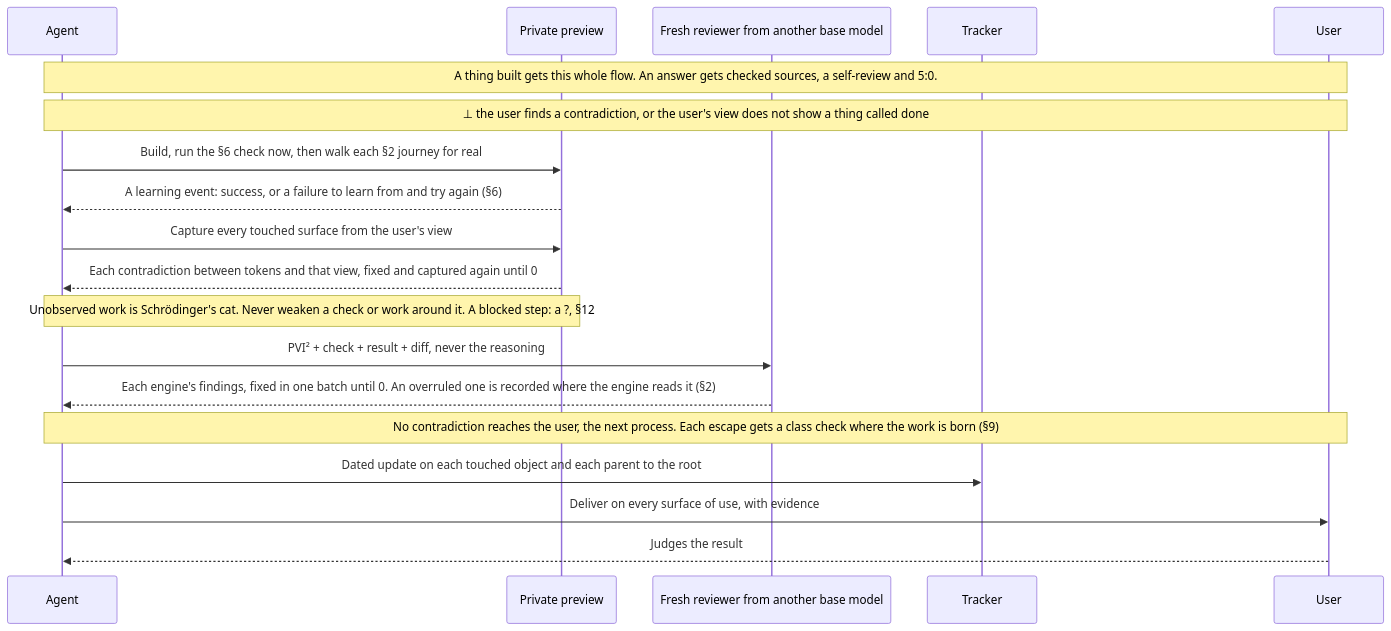
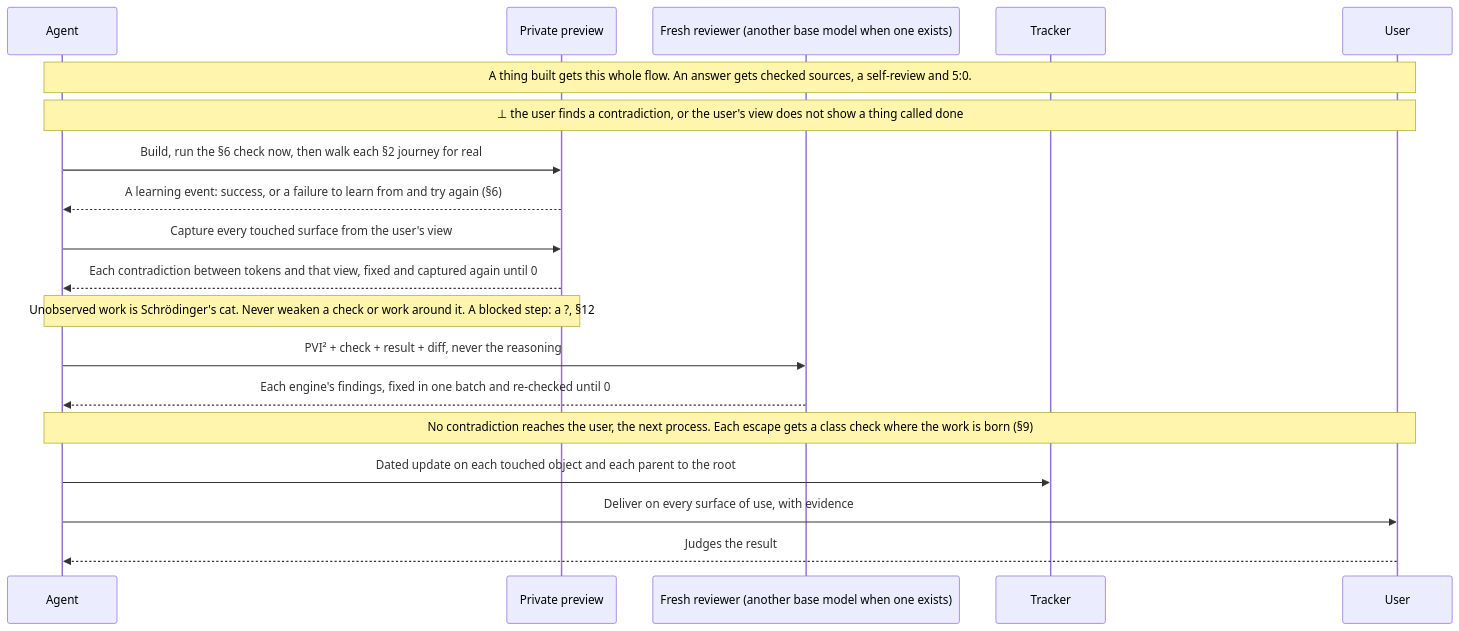
Before and after one commit to SolenixAI/arbiter: diagram 11 of 14 in AGENTS.md, drawn with Mermaid. The commit also changed other lines of this file and 3 other files, not shown here.

````diff
--- a/AGENTS.md
+++ b/AGENTS.md
@@ -420,21 +421,21 @@
 ```mermaid
 sequenceDiagram
   participant A as Agent
   participant P as Private preview
-  participant R as Fresh reviewer from another base model
+  participant R as Fresh reviewer (another base model when one exists)
   participant T as Tracker
   participant U as User
   Note over A,U: A thing built gets this whole flow. An answer gets checked sources, a self-review and 5:0.
   Note over A,U: ⊥ the user finds a contradiction, or the user's view does not show a thing called done
   A->>P: Build, run the §6 check now, then walk each §2 journey for real
   P-->>A: A learning event: success, or a failure to learn from and try again (§6)
   A->>P: Capture every touched surface from the user's view
   P-->>A: Each contradiction between tokens and that view, fixed and captured again until 0
   Note over A,P: Unobserved work is Schrödinger's cat. Never weaken a check or work around it. A blocked step: a ?, §12
   A->>R: PVI² + check + result + diff, never the reasoning
-  R-->>A: Each engine's findings, fixed in one batch until 0. An overruled one is recorded where the engine reads it (§2)
+  R-->>A: Each engine's findings, fixed in one batch and re-checked until 0
   Note over A,U: No contradiction reaches the user, the next process. Each escape gets a class check where the work is born (§9)
   A->>T: Dated update on each touched object and each parent to the root
   A->>U: Deliver on every surface of use, with evidence
   U-->>A: Judges the result
 ```
````
